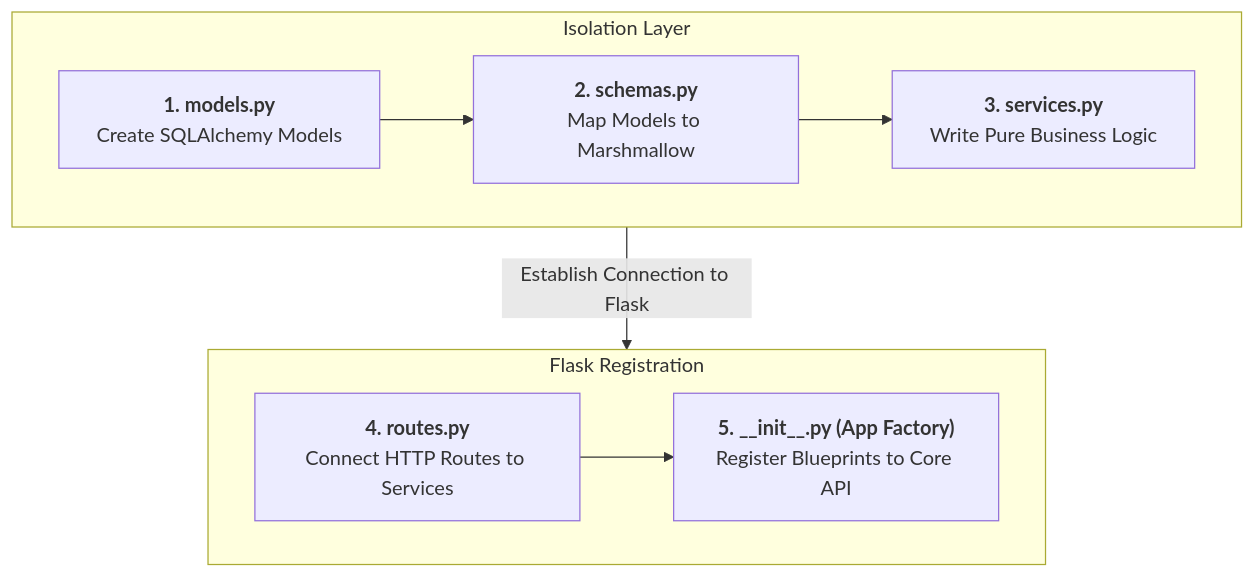
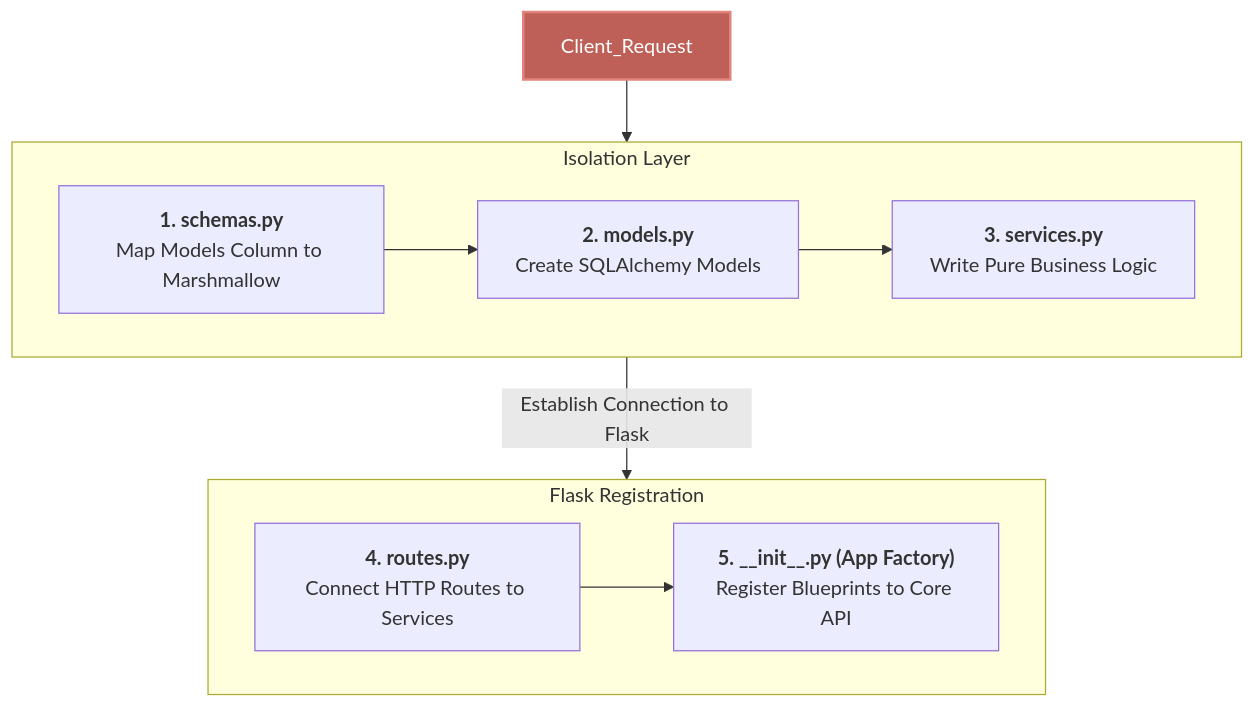
One commit to Revou-FSSE-Jun26/module-2-miftahalrasyid changed the third of 3 diagrams in README.md. Above: the diagram before and after it, drawn with Mermaid. The commit also changed other lines of this file and 4 other files, not shown here.

````diff
--- a/README.md
+++ b/README.md
@@ -233,26 +245,28 @@
 ```mermaid
 flowchart TD
     %% Struktur luar diatur TD (Top-Down) agar kelompok Flask berada di bawah
     %% classDef step fill:#2d3748,stroke:#4a5568,stroke-width:2px,color:#fff;
+    classDef pink fill:#be6057,stroke:#e0847d,color:#ffffff,stroke-width:2px;
 
     subgraph Isolation_Layer ["Isolation Layer"]
         direction LR
-        A["<b>1. models.py</b><br>Create SQLAlchemy Models"]:::step 
-        --> B["<b>2. schemas.py</b><br>Map Models to Marshmallow"]:::step
+        B["<b>1. schemas.py</b><br>Map Models Column to Marshmallow"]:::step
+        --> A["<b>2. models.py</b><br>Create SQLAlchemy Models"]:::step 
         --> C["<b>3. services.py</b><br>Write Pure Business Logic"]:::step
     end
 
     subgraph Flask_Registration ["Flask Registration"]
         direction LR
         D["<b>4. routes.py</b><br>Connect HTTP Routes to Services"]:::step 
         --> E["<b>5. __init__.py (App Factory)</b><br>Register Blueprints to Core API"]:::step
     end
 
     %% KUNCI: Hubungkan Subgraph langsung ke Subgraph agar panahnya vertikal ke bawah
-    Isolation_Layer -->|Establish Connection to Flask| Flask_Registration
+    Client_Request:::pink --> Isolation_Layer -->|Establish Connection to Flask| Flask_Registration
 
     %% Subgraph styling
+
     %% style Isolation_Layer fill:#202632,stroke:#4a5568,stroke-width:1px
     %% style Flask_Registration fill:#1a202c,stroke:#4a5568,stroke-width:1px
 
 ```
````
